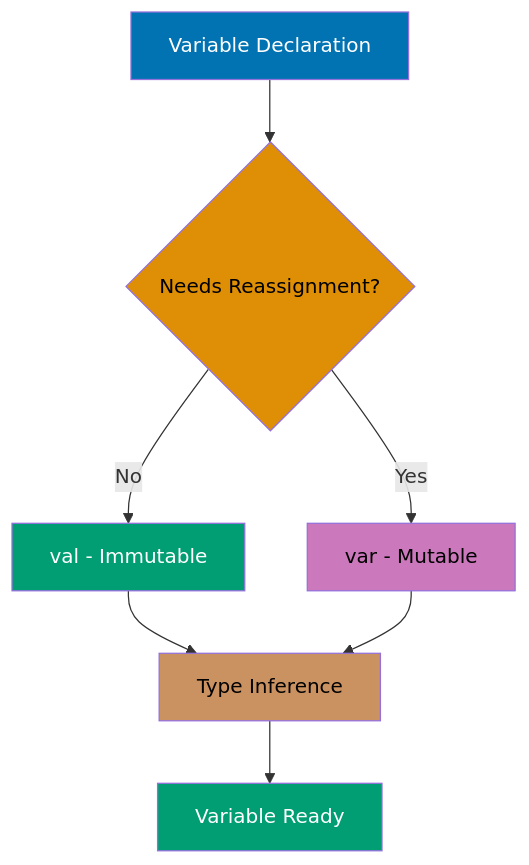
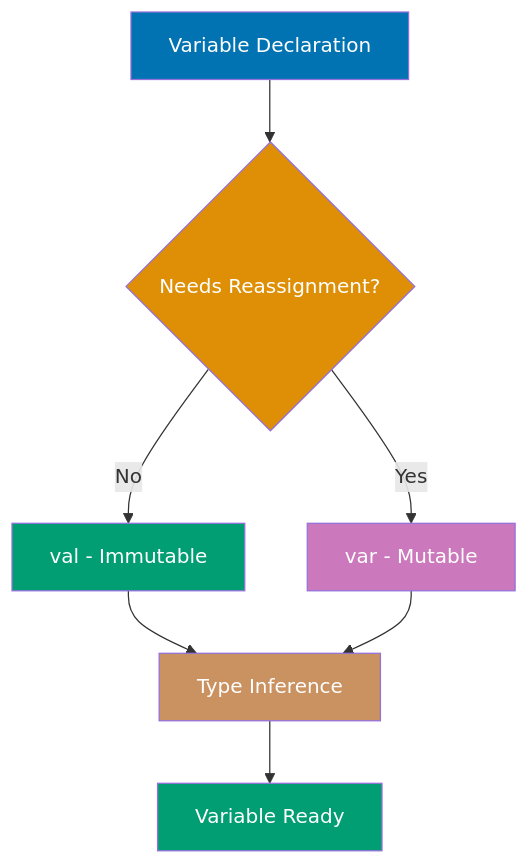
One commit to wahidyankf/open-sharia-enterprise changed the first of 9 diagrams in apps/ayokoding-web/content/en/learn/software-engineering/programming-languages/kotlin/by-example/beginner.md. Above: the diagram before and after it, drawn with Mermaid. The commit also changed other lines of this file and 61 other files, not shown here.

First line of the commit message:
fix(ayokoding-web): quote Mermaid node labels with special characters in Example 63

````diff
--- a/apps/ayokoding-web/content/en/learn/software-engineering/programming-languages/kotlin/by-example/beginner.md
+++ b/apps/ayokoding-web/content/en/learn/software-engineering/programming-languages/kotlin/by-example/beginner.md
@@ -47,17 +47,17 @@
 ```mermaid
 %% Variable declaration flow
 graph TD
     A[Variable Declaration] --> B{Needs Reassignment?}
     B -->|No| C[val - Immutable]
     B -->|Yes| D[var - Mutable]
     C --> E[Type Inference]
     D --> E
     E --> F[Variable Ready]
 
     style A fill:#0173B2,color:#fff
-    style B fill:#DE8F05,color:#000
+    style B fill:#DE8F05,color:#fff
     style C fill:#029E73,color:#fff
-    style D fill:#CC78BC,color:#000
-    style E fill:#CA9161,color:#000
+    style D fill:#CC78BC,color:#fff
+    style E fill:#CA9161,color:#fff
     style F fill:#029E73,color:#fff
 ```
````
